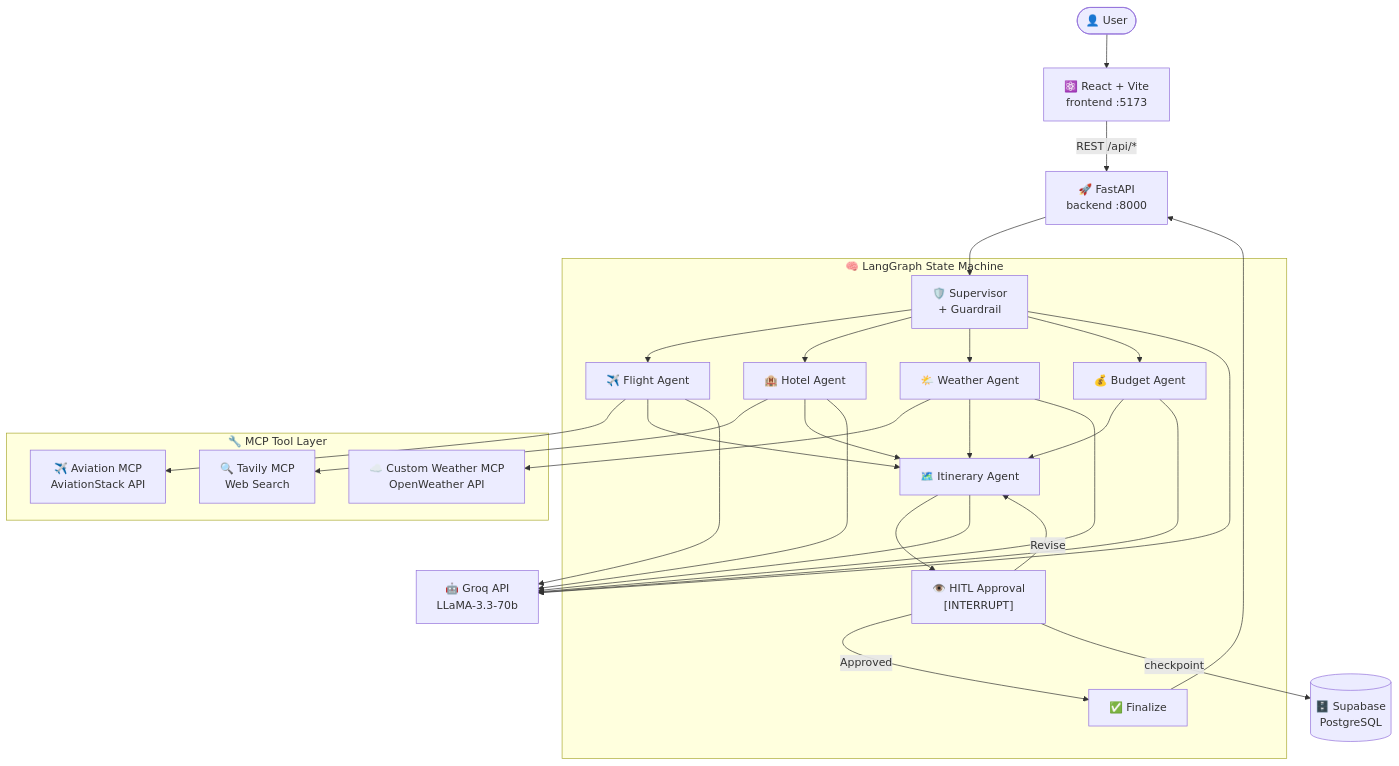
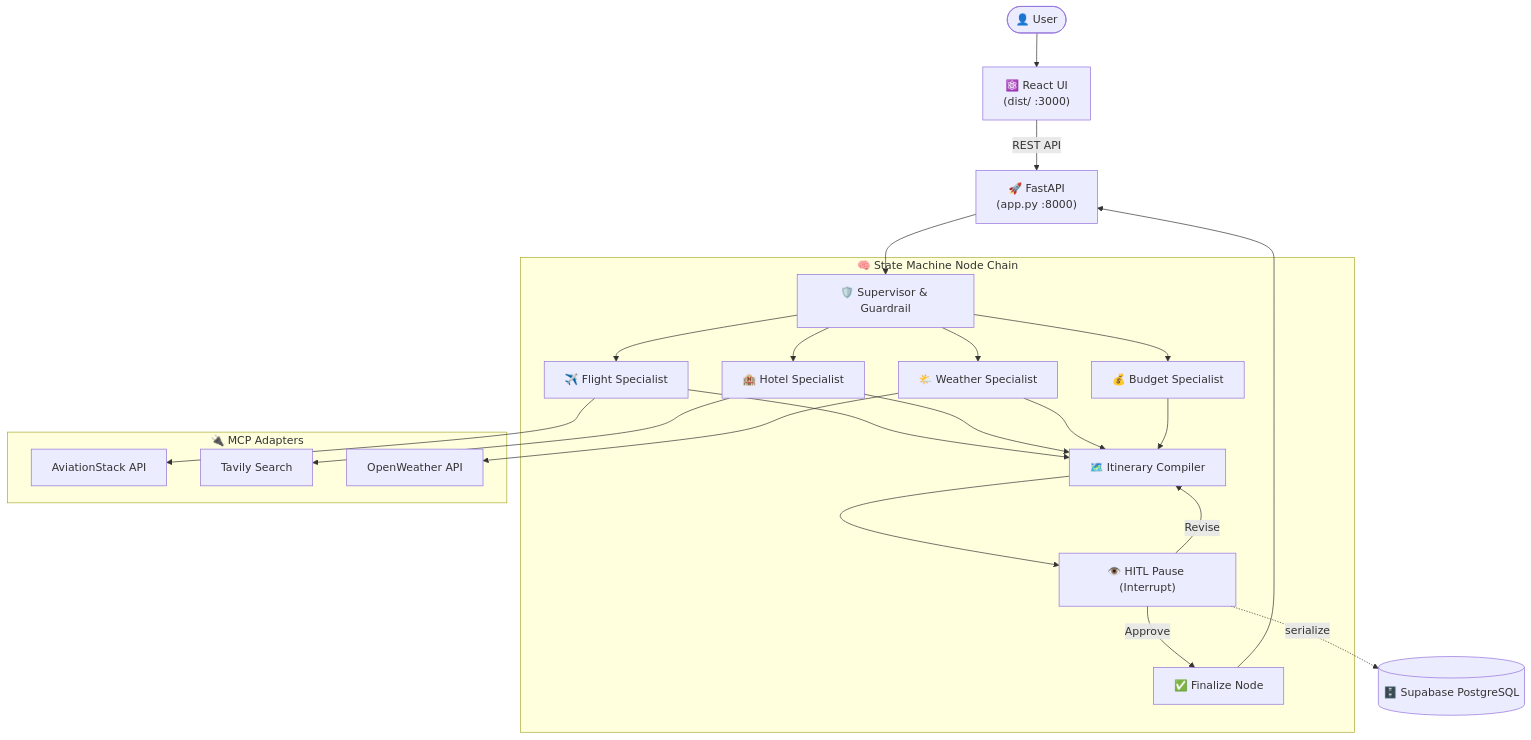
Before and after one commit to rahul-1809/TourAlly: the diagram in README.md, drawn with Mermaid. The commit also changed other lines of this file and 3 other files, not shown here.

Commit message:
docs: delete CONTRIBUTING.md, simplify and professionalize README.md, and update model references in architectural docs

````diff
--- a/README.md
+++ b/README.md
@@ -29,41 +23,37 @@
 ```mermaid
 flowchart TD
     User(["👤 User"])
-    React["⚛️ React + Vite\nfrontend :5173"]
-    FastAPI["🚀 FastAPI\nbackend :8000"]
+    React["⚛️ React UI\n(dist/ :3000)"]
+    FastAPI["🚀 FastAPI\n(app.py :8000)"]
 
-    subgraph LangGraph ["🧠 LangGraph State Machine"]
-        Supervisor["🛡️ Supervisor\n+ Guardrail"]
-        Flight["✈️ Flight Agent"]
-        Hotel["🏨 Hotel Agent"]
-        Weather["🌤️ Weather Agent"]
-        Budget["💰 Budget Agent"]
-        Itinerary["🗺️ Itinerary Agent"]
-        HITL["👁️ HITL Approval\n[INTERRUPT]"]
-        Finalize["✅ Finalize"]
+    subgraph LangGraph ["🧠 State Machine Node Chain"]
+        Supervisor["🛡️ Supervisor & Guardrail"]
+        Flight["✈️ Flight Specialist"]
+        Hotel["🏨 Hotel Specialist"]
+        Weather["🌤️ Weather Specialist"]
+        Budget["💰 Budget Specialist"]
+        Itinerary["🗺️ Itinerary Compiler"]
+        HITL["👁️ HITL Pause (Interrupt)"]
+        Finalize["✅ Finalize Node"]
     end
 
-    subgraph Tools ["🔧 MCP Tool Layer"]
-        AviationMCP["✈️ Aviation MCP\nAviationStack API"]
-        Tavily["🔍 Tavily MCP\nWeb Search"]
-        WeatherMCP["☁️ Custom Weather MCP\nOpenWeather API"]
+    subgraph Tools ["🔌 MCP Adapters"]
+        AviationMCP["AviationStack API"]
+        Tavily["Tavily Search"]
+        WeatherMCP["OpenWeather API"]
     end
 
-    Supabase[("🗄️ Supabase\nPostgreSQL")]
-    Groq["🤖 Groq API\nLLaMA-3.3-70b"]
-
     User --> React
-    React -- "REST /api/*" --> FastAPI
+    React -- "REST API" --> FastAPI
     FastAPI --> Supervisor
     Supervisor --> Flight & Hotel & Weather & Budget
+    Flight & Hotel & Weather & Budget --> Itinerary
+    Itinerary --> HITL
+    HITL -- "Approve" --> Finalize
+    HITL -- "Revise" --> Itinerary
     Flight --> AviationMCP
     Hotel --> Tavily
     Weather --> WeatherMCP
-    Flight & Hotel & Weather & Budget --> Itinerary
-    Itinerary --> HITL
-    HITL -- "Approved" --> Finalize
-    HITL -- "Revise" --> Itinerary
     Finalize --> FastAPI
-    Supervisor & Flight & Hotel & Weather & Budget & Itinerary --> Groq
-    HITL -- "checkpoint" --> Supabase
+    HITL -.->|serialize| Supabase[("🗄️ Supabase PostgreSQL")]
 ```
````
